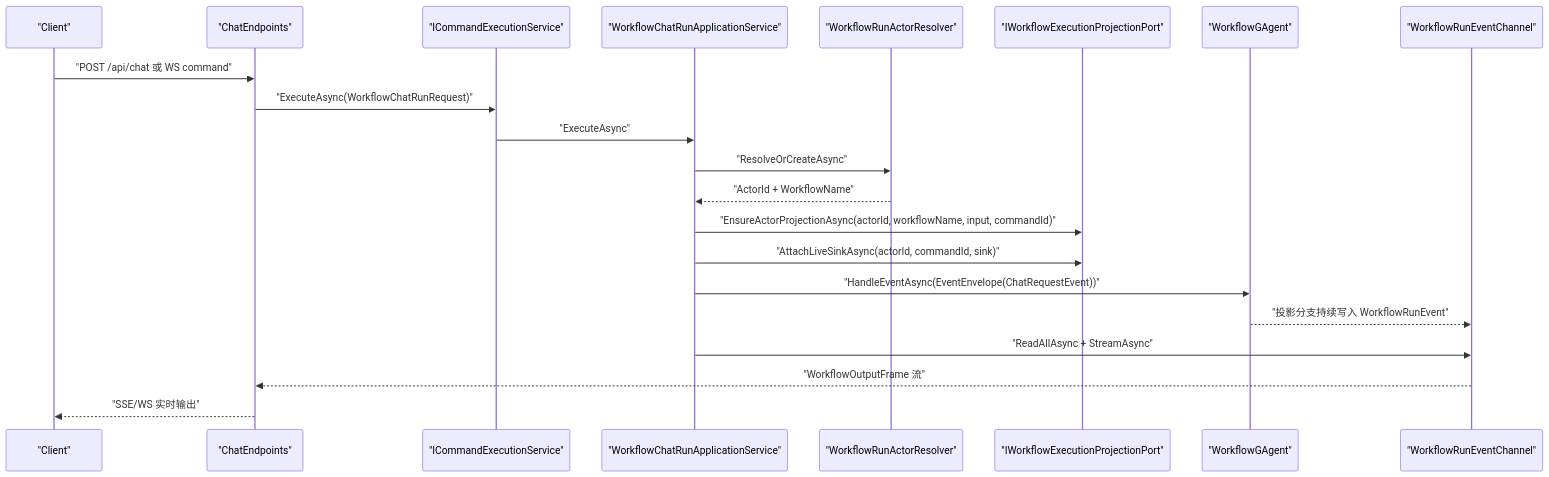
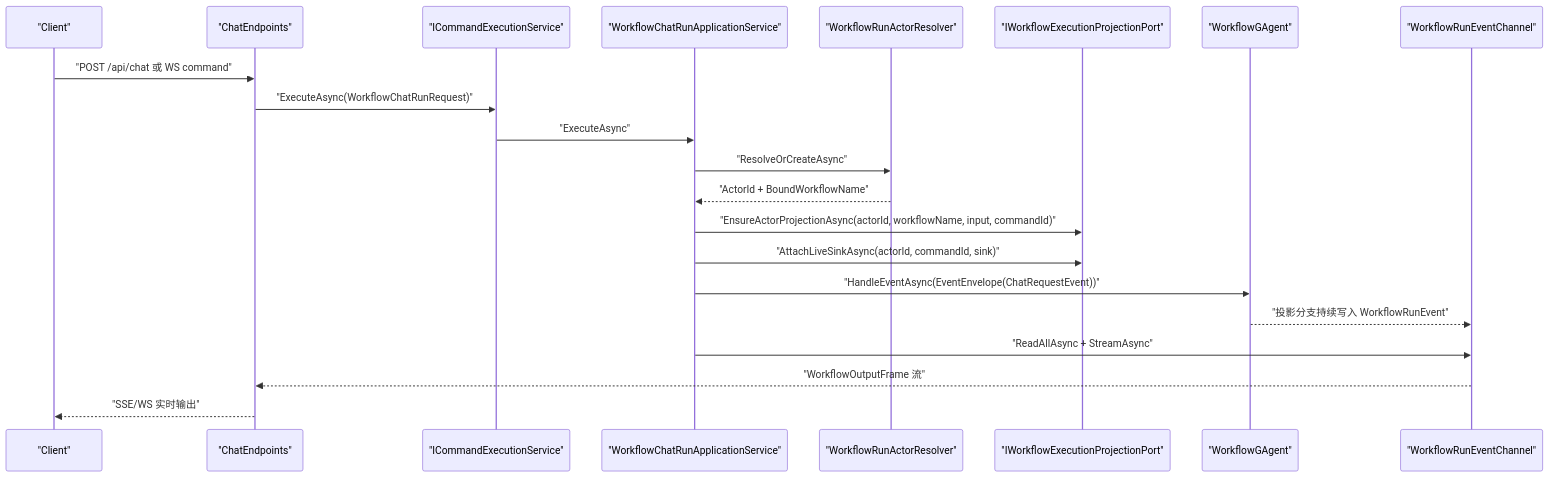
Before and after one commit to aevatarAI/aevatar: the second of 5 diagrams in src/workflow/README.md, drawn with Mermaid. The commit also changed other lines of this file and 21 other files, not shown here.

First line of the commit message:
Enhance CI workflow and update architectural documentation

````diff
--- a/src/workflow/README.md
+++ b/src/workflow/README.md
@@ -60,25 +67,25 @@
 ```mermaid
 %%{init: {"maxTextSize": 100000, "flowchart": {"useMaxWidth": false, "nodeSpacing": 10, "rankSpacing": 50}, "themeVariables": {"fontSize": "10px"}}}%%
 sequenceDiagram
   participant Client as "Client"
   participant Api as "ChatEndpoints"
   participant CmdSvc as "ICommandExecutionService"
   participant AppSvc as "WorkflowChatRunApplicationService"
   participant Resolver as "WorkflowRunActorResolver"
   participant Port as "IWorkflowExecutionProjectionPort"
   participant WFAgent as "WorkflowGAgent"
   participant Sink as "WorkflowRunEventChannel"
 
   Client->>Api: "POST /api/chat 或 WS command"
   Api->>CmdSvc: "ExecuteAsync(WorkflowChatRunRequest)"
   CmdSvc->>AppSvc: "ExecuteAsync"
   AppSvc->>Resolver: "ResolveOrCreateAsync"
-  Resolver-->>AppSvc: "ActorId + WorkflowName"
+  Resolver-->>AppSvc: "ActorId + BoundWorkflowName"
   AppSvc->>Port: "EnsureActorProjectionAsync(actorId, workflowName, input, commandId)"
   AppSvc->>Port: "AttachLiveSinkAsync(actorId, commandId, sink)"
   AppSvc->>WFAgent: "HandleEventAsync(EventEnvelope(ChatRequestEvent))"
   WFAgent-->>Sink: "投影分支持续写入 WorkflowRunEvent"
   AppSvc->>Sink: "ReadAllAsync + StreamAsync"
   Sink-->>Api: "WorkflowOutputFrame 流"
   Api-->>Client: "SSE/WS 实时输出"
 ```
````
